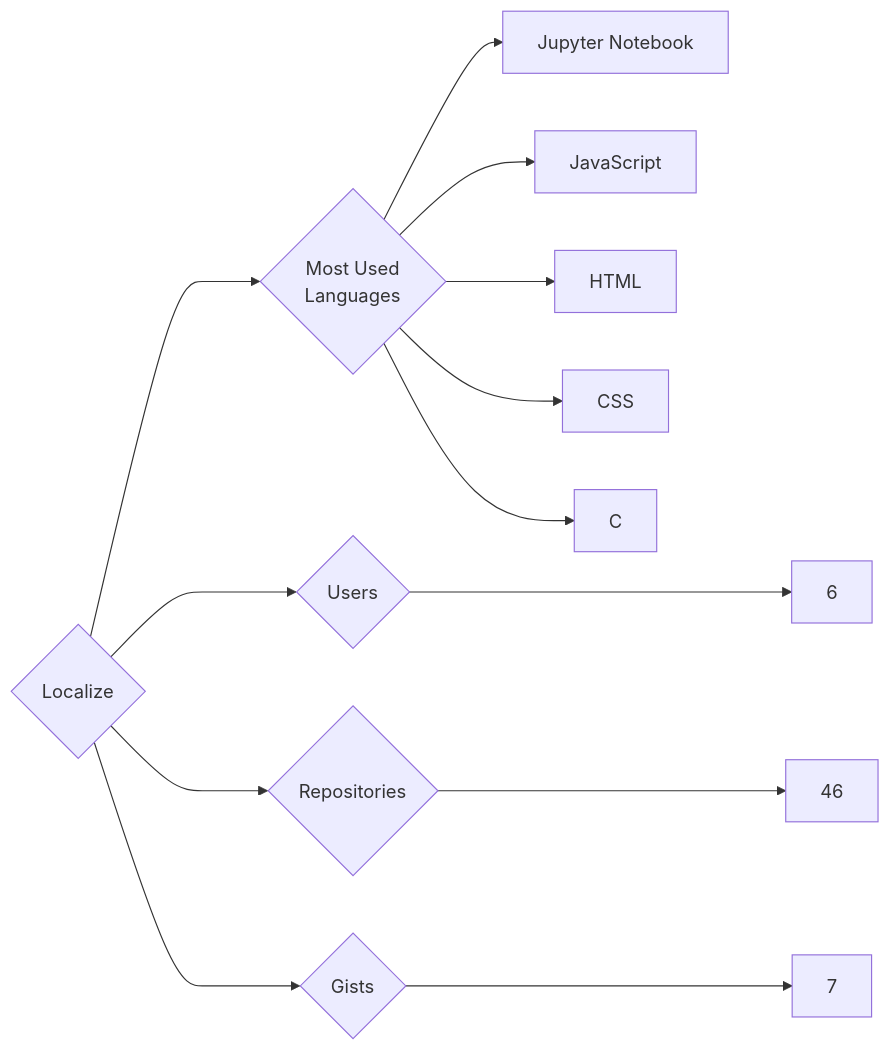
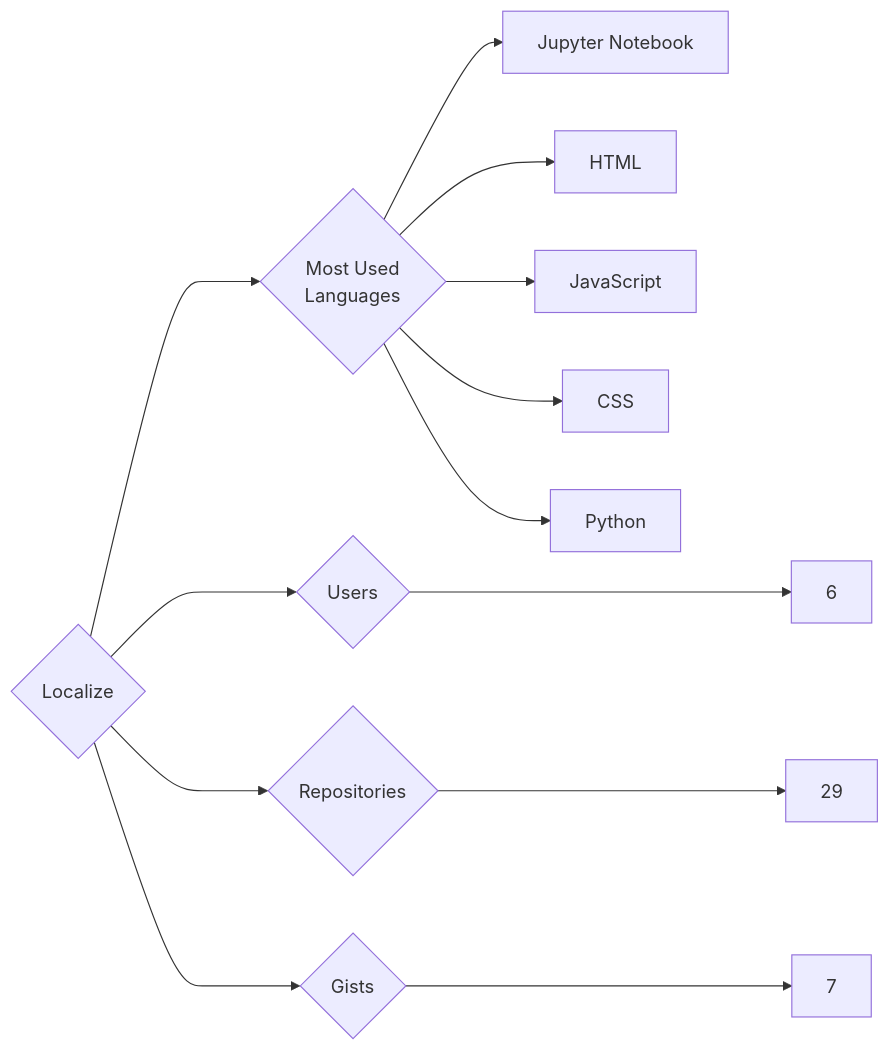
The diagram in targets/Localize/README.md (trickest/insiders), drawn with Mermaid before and after one commit. The commit also changed 721 other files, not shown here.

````diff
--- a/targets/Localize/README.md
+++ b/targets/Localize/README.md
@@ -3,13 +3,13 @@
 ```mermaid
 graph LR
 COMPANY_NAME{Localize}
 COMPANY_NAME ---> U{Users} ---> UN[6]
-COMPANY_NAME ---> R{Repositories} ---> RN[46]
+COMPANY_NAME ---> R{Repositories} ---> RN[29]
 COMPANY_NAME ---> G{Gists} ---> GN[7]
 COMPANY_NAME ---> ML{Most Used<br>Languages}
 ML --> Jupyter_Notebook[Jupyter Notebook]
+ML --> HTML[HTML]
 ML --> JavaScript[JavaScript]
-ML --> HTML[HTML]
 ML --> CSS[CSS]
-ML --> C[C]
+ML --> Python[Python]
 ```
````
